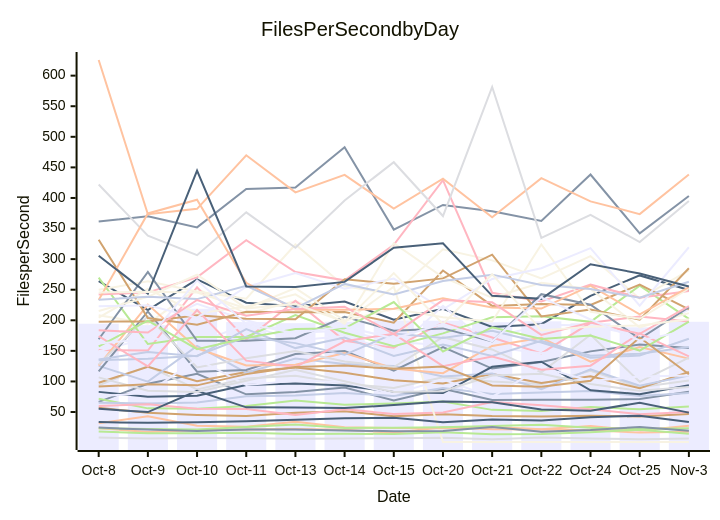
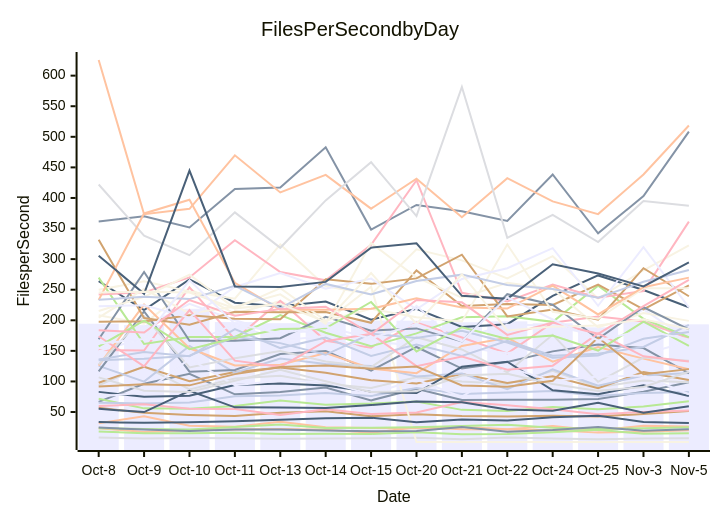
Before and after one commit to streetsidesoftware/cspell: the diagram in perf-report.md, drawn with Mermaid. The commit also changed other lines of this file and 2 other files, not shown here.

````diff
--- a/perf-report.md
+++ b/perf-report.md
@@ -11,57 +11,57 @@
 ```mermaid
 xychart-beta
     title Files Per Second by Day
     y-axis Files per Second
-    x-axis Date [Oct-8, Oct-9, Oct-10, Oct-11, Oct-13, Oct-14, Oct-15, Oct-20, Oct-21, Oct-22, Oct-24, Oct-25, Nov-3]
-    bar [194.39, 192.05, 218.83, 197.10, 195.24, 197.65, 199.65, 199.37, 196.79, 198.31, 195.08, 188.50, 197.53]
-    line [66.65, 96.25, 112.51, 78.91, 82.77, 89.92, 69.05, 88.06, 69.61, 70.25, 69.88, 71.42, 83.10]
-    line [23.58, 17.31, 20.37, 21.44, 22.38, 20.97, 16.04, 25.16, 22.03, 21.51, 20.05, 16.33, 17.58]
-    line [8.18, 6.76, 7.44, 7.30, 6.32, 6.65, 7.26, 7.96, 5.55, 8.36, 6.66, 5.63, 6.55]
-    line [71.61, 56.00, 55.29, 59.99, 68.80, 62.02, 63.75, 67.15, 53.54, 51.87, 58.31, 54.40, 59.05]
-    line [56.81, 48.66, 45.19, 43.33, 48.66, 51.39, 43.09, 46.53, 43.54, 42.59, 43.99, 42.66, 46.86]
-    line [65.37, 64.09, 65.74, 75.83, 77.12, 81.28, 76.22, 89.41, 79.60, 82.04, 84.51, 76.34, 81.22]
-    line [59.94, 62.62, 55.56, 54.77, 45.21, 54.60, 46.67, 49.27, 66.25, 61.14, 54.40, 46.46, 50.11]
-    line [264.14, 216.71, 266.75, 228.80, 223.08, 230.72, 200.81, 218.77, 189.13, 193.68, 239.98, 273.35, 249.43]
-    line [208.25, 194.51, 251.63, 210.60, 231.31, 197.08, 254.89, 1.00, 1.00, 1.00, 1.00, 1.00, 1.00]
-    line [174.97, 189.16, 226.87, 200.18, 179.39, 183.41, 164.40, 159.49, 171.10, 192.78, 191.37, 174.29, 217.96]
-    line [361.47, 370.09, 351.86, 414.54, 417.07, 482.80, 348.28, 388.55, 378.31, 362.57, 438.35, 342.13, 403.12]
-    line [31.76, 42.94, 27.61, 25.97, 34.21, 25.09, 23.71, 23.43, 25.33, 21.92, 27.33, 19.75, 27.62]
-    line [93.63, 125.18, 87.00, 104.77, 109.42, 96.45, 89.22, 106.77, 99.95, 95.97, 117.43, 90.38, 101.68]
-    line [18.14, 15.49, 15.23, 15.94, 13.89, 14.53, 14.11, 17.05, 13.85, 14.03, 17.10, 21.05, 14.31]
-    line [97.90, 123.96, 100.36, 115.55, 122.73, 114.09, 102.09, 96.85, 112.31, 97.68, 108.35, 88.82, 115.43]
-    line [125.48, 99.76, 158.05, 114.31, 137.32, 128.51, 125.12, 108.27, 113.06, 87.44, 119.66, 93.04, 109.58]
-    line [151.43, 150.43, 254.02, 168.57, 231.71, 166.56, 155.07, 196.36, 171.90, 145.85, 195.93, 206.22, 198.17]
-    line [55.18, 49.90, 84.72, 57.64, 57.38, 56.41, 61.33, 67.41, 66.13, 54.31, 52.03, 65.25, 49.02]
-    line [249.77, 263.65, 247.10, 235.41, 323.97, 255.64, 242.67, 316.16, 297.94, 268.60, 304.78, 235.63, 281.78]
-    line [149.45, 170.98, 162.38, 193.61, 167.04, 174.22, 149.10, 223.58, 156.27, 146.04, 158.31, 152.20, 144.51]
-    line [116.53, 214.42, 116.00, 118.77, 144.83, 149.59, 117.74, 156.35, 121.08, 131.79, 149.18, 160.21, 154.52]
-    line [125.79, 225.70, 154.24, 126.07, 127.29, 146.49, 121.12, 113.50, 158.05, 171.36, 132.38, 156.15, 137.28]
-    line [127.97, 206.50, 122.84, 138.06, 149.67, 132.46, 123.48, 172.40, 152.34, 114.90, 176.25, 99.39, 139.03]
-    line [269.72, 161.18, 172.81, 172.65, 208.47, 179.72, 157.56, 178.54, 204.92, 206.57, 197.43, 256.60, 202.25]
-    line [331.74, 203.63, 192.81, 213.97, 213.28, 213.47, 195.94, 281.48, 223.48, 226.53, 225.12, 258.41, 217.89]
-    line [136.07, 148.26, 141.19, 185.69, 154.55, 171.82, 141.67, 160.22, 141.81, 166.38, 141.94, 145.19, 156.42]
-    line [242.23, 245.65, 270.12, 330.98, 278.79, 265.30, 323.42, 429.01, 245.01, 230.93, 258.25, 236.94, 247.84]
-    line [82.95, 74.90, 76.80, 94.05, 96.82, 93.39, 82.69, 80.94, 123.93, 132.34, 85.53, 79.17, 93.87]
-    line [204.22, 251.15, 211.26, 222.05, 242.35, 194.13, 326.19, 270.15, 236.87, 261.40, 251.33, 188.47, 211.71]
-    line [75.86, 81.29, 136.91, 94.03, 101.02, 99.02, 79.59, 103.01, 74.73, 123.30, 100.60, 107.93, 109.66]
-    line [168.97, 278.92, 166.54, 166.53, 170.79, 205.75, 183.07, 186.73, 165.39, 242.72, 225.43, 169.80, 221.29]
-    line [625.58, 373.38, 382.28, 469.75, 409.07, 437.77, 382.49, 431.43, 368.45, 432.30, 394.44, 373.62, 438.31]
-    line [422.03, 338.21, 306.48, 376.46, 318.53, 395.99, 458.46, 370.45, 581.53, 334.74, 372.46, 327.93, 394.96]
-    line [23.35, 22.45, 21.51, 25.71, 29.42, 23.92, 24.25, 24.95, 26.96, 29.32, 24.14, 22.37, 23.30]
-    line [197.76, 198.13, 208.30, 202.68, 201.79, 267.21, 259.65, 268.53, 307.28, 206.33, 217.49, 201.10, 285.18]
-    line [134.65, 137.28, 142.04, 172.94, 162.65, 143.57, 178.30, 170.91, 182.97, 163.77, 138.75, 142.39, 169.82]
-    line [173.95, 124.58, 216.72, 133.97, 123.87, 165.74, 177.89, 125.02, 140.68, 119.01, 125.81, 178.69, 141.07]
-    line [33.57, 32.29, 33.27, 34.79, 37.33, 39.68, 40.77, 33.11, 37.81, 36.24, 41.43, 44.03, 33.69]
-    line [215.08, 238.25, 274.47, 219.66, 252.51, 199.34, 218.85, 204.99, 197.92, 323.88, 213.93, 202.52, 252.23]
-    line [222.78, 224.66, 204.36, 254.42, 277.26, 251.58, 268.24, 217.93, 267.67, 285.04, 317.95, 223.78, 319.42]
-    line [24.57, 21.27, 19.07, 21.50, 21.24, 19.97, 18.63, 18.81, 25.32, 17.74, 20.58, 25.51, 19.46]
-    line [233.16, 374.71, 397.16, 261.34, 217.24, 217.08, 218.73, 236.08, 220.88, 219.16, 256.62, 209.53, 254.06]
-    line [106.68, 84.76, 82.82, 101.29, 118.90, 100.19, 82.72, 84.05, 109.59, 112.56, 95.92, 84.60, 91.01]
-    line [157.39, 199.58, 152.82, 170.97, 185.75, 186.96, 229.89, 148.98, 188.53, 169.56, 175.04, 150.51, 197.71]
-    line [91.76, 95.32, 93.61, 112.00, 123.43, 125.94, 120.60, 124.47, 93.34, 91.16, 101.08, 171.93, 111.86]
-    line [233.40, 238.56, 234.64, 256.33, 219.99, 259.48, 242.38, 264.24, 274.64, 257.62, 251.09, 236.85, 262.94]
-    line [183.70, 179.89, 233.14, 207.50, 218.41, 222.25, 177.43, 233.06, 229.37, 176.10, 196.37, 177.90, 223.12]
-    line [305.64, 243.36, 444.70, 255.37, 254.42, 262.77, 318.79, 326.00, 239.93, 235.04, 291.68, 276.40, 255.29]
-    line [245.51, 246.82, 245.36, 219.50, 226.50, 197.43, 277.21, 193.99, 275.35, 183.43, 189.64, 191.38, 201.59]
-    line [162.12, 169.35, 265.31, 194.05, 178.95, 189.91, 170.29, 194.31, 165.66, 237.49, 201.27, 167.00, 183.56]
+    x-axis Date [Oct-8, Oct-9, Oct-10, Oct-11, Oct-13, Oct-14, Oct-15, Oct-20, Oct-21, Oct-22, Oct-24, Oct-25, Nov-3, Nov-5]
+    bar [194.39, 192.05, 218.83, 197.10, 195.24, 197.65, 199.65, 199.37, 196.79, 198.31, 195.08, 188.50, 197.53, 193.37]
+    line [66.65, 96.25, 112.51, 78.91, 82.77, 89.92, 69.05, 88.06, 69.61, 70.25, 69.88, 71.42, 83.10, 98.55]
+    line [23.58, 17.31, 20.37, 21.44, 22.38, 20.97, 16.04, 25.16, 22.03, 21.51, 20.05, 16.33, 17.58, 20.12]
+    line [8.18, 6.76, 7.44, 7.30, 6.32, 6.65, 7.26, 7.96, 5.55, 8.36, 6.66, 5.63, 6.55, 7.17]
+    line [71.61, 56.00, 55.29, 59.99, 68.80, 62.02, 63.75, 67.15, 53.54, 51.87, 58.31, 54.40, 59.05, 67.64]
+    line [56.81, 48.66, 45.19, 43.33, 48.66, 51.39, 43.09, 46.53, 43.54, 42.59, 43.99, 42.66, 46.86, 51.84]
+    line [65.37, 64.09, 65.74, 75.83, 77.12, 81.28, 76.22, 89.41, 79.60, 82.04, 84.51, 76.34, 81.22, 82.67]
+    line [59.94, 62.62, 55.56, 54.77, 45.21, 54.60, 46.67, 49.27, 66.25, 61.14, 54.40, 46.46, 50.11, 52.43]
+    line [264.14, 216.71, 266.75, 228.80, 223.08, 230.72, 200.81, 218.77, 189.13, 193.68, 239.98, 273.35, 249.43, 221.33]
+    line [208.25, 194.51, 251.63, 210.60, 231.31, 197.08, 254.89, 1.00, 1.00, 1.00, 1.00, 1.00, 1.00, 1.00]
+    line [174.97, 189.16, 226.87, 200.18, 179.39, 183.41, 164.40, 159.49, 171.10, 192.78, 191.37, 174.29, 217.96, 167.79]
+    line [361.47, 370.09, 351.86, 414.54, 417.07, 482.80, 348.28, 388.55, 378.31, 362.57, 438.35, 342.13, 403.12, 508.36]
+    line [31.76, 42.94, 27.61, 25.97, 34.21, 25.09, 23.71, 23.43, 25.33, 21.92, 27.33, 19.75, 27.62, 26.25]
+    line [93.63, 125.18, 87.00, 104.77, 109.42, 96.45, 89.22, 106.77, 99.95, 95.97, 117.43, 90.38, 101.68, 98.69]
+    line [18.14, 15.49, 15.23, 15.94, 13.89, 14.53, 14.11, 17.05, 13.85, 14.03, 17.10, 21.05, 14.31, 15.34]
+    line [97.90, 123.96, 100.36, 115.55, 122.73, 114.09, 102.09, 96.85, 112.31, 97.68, 108.35, 88.82, 115.43, 102.42]
+    line [125.48, 99.76, 158.05, 114.31, 137.32, 128.51, 125.12, 108.27, 113.06, 87.44, 119.66, 93.04, 109.58, 113.85]
+    line [151.43, 150.43, 254.02, 168.57, 231.71, 166.56, 155.07, 196.36, 171.90, 145.85, 195.93, 206.22, 198.17, 170.33]
+    line [55.18, 49.90, 84.72, 57.64, 57.38, 56.41, 61.33, 67.41, 66.13, 54.31, 52.03, 65.25, 49.02, 59.47]
+    line [249.77, 263.65, 247.10, 235.41, 323.97, 255.64, 242.67, 316.16, 297.94, 268.60, 304.78, 235.63, 281.78, 322.62]
+    line [149.45, 170.98, 162.38, 193.61, 167.04, 174.22, 149.10, 223.58, 156.27, 146.04, 158.31, 152.20, 144.51, 165.46]
+    line [116.53, 214.42, 116.00, 118.77, 144.83, 149.59, 117.74, 156.35, 121.08, 131.79, 149.18, 160.21, 154.52, 113.38]
+    line [125.79, 225.70, 154.24, 126.07, 127.29, 146.49, 121.12, 113.50, 158.05, 171.36, 132.38, 156.15, 137.28, 119.80]
+    line [127.97, 206.50, 122.84, 138.06, 149.67, 132.46, 123.48, 172.40, 152.34, 114.90, 176.25, 99.39, 139.03, 133.94]
+    line [269.72, 161.18, 172.81, 172.65, 208.47, 179.72, 157.56, 178.54, 204.92, 206.57, 197.43, 256.60, 202.25, 172.19]
+    line [331.74, 203.63, 192.81, 213.97, 213.28, 213.47, 195.94, 281.48, 223.48, 226.53, 225.12, 258.41, 217.89, 257.25]
+    line [136.07, 148.26, 141.19, 185.69, 154.55, 171.82, 141.67, 160.22, 141.81, 166.38, 141.94, 145.19, 156.42, 192.35]
+    line [242.23, 245.65, 270.12, 330.98, 278.79, 265.30, 323.42, 429.01, 245.01, 230.93, 258.25, 236.94, 247.84, 361.38]
+    line [82.95, 74.90, 76.80, 94.05, 96.82, 93.39, 82.69, 80.94, 123.93, 132.34, 85.53, 79.17, 93.87, 76.32]
+    line [204.22, 251.15, 211.26, 222.05, 242.35, 194.13, 326.19, 270.15, 236.87, 261.40, 251.33, 188.47, 211.71, 199.02]
+    line [75.86, 81.29, 136.91, 94.03, 101.02, 99.02, 79.59, 103.01, 74.73, 123.30, 100.60, 107.93, 109.66, 79.14]
+    line [168.97, 278.92, 166.54, 166.53, 170.79, 205.75, 183.07, 186.73, 165.39, 242.72, 225.43, 169.80, 221.29, 185.02]
+    line [625.58, 373.38, 382.28, 469.75, 409.07, 437.77, 382.49, 431.43, 368.45, 432.30, 394.44, 373.62, 438.31, 518.57]
+    line [422.03, 338.21, 306.48, 376.46, 318.53, 395.99, 458.46, 370.45, 581.53, 334.74, 372.46, 327.93, 394.96, 387.34]
+    line [23.35, 22.45, 21.51, 25.71, 29.42, 23.92, 24.25, 24.95, 26.96, 29.32, 24.14, 22.37, 23.30, 25.31]
+    line [197.76, 198.13, 208.30, 202.68, 201.79, 267.21, 259.65, 268.53, 307.28, 206.33, 217.49, 201.10, 285.18, 239.33]
+    line [134.65, 137.28, 142.04, 172.94, 162.65, 143.57, 178.30, 170.91, 182.97, 163.77, 138.75, 142.39, 169.82, 180.94]
+    line [173.95, 124.58, 216.72, 133.97, 123.87, 165.74, 177.89, 125.02, 140.68, 119.01, 125.81, 178.69, 141.07, 132.63]
+    line [33.57, 32.29, 33.27, 34.79, 37.33, 39.68, 40.77, 33.11, 37.81, 36.24, 41.43, 44.03, 33.69, 32.10]
+    line [215.08, 238.25, 274.47, 219.66, 252.51, 199.34, 218.85, 204.99, 197.92, 323.88, 213.93, 202.52, 252.23, 252.44]
+    line [222.78, 224.66, 204.36, 254.42, 277.26, 251.58, 268.24, 217.93, 267.67, 285.04, 317.95, 223.78, 319.42, 221.27]
+    line [24.57, 21.27, 19.07, 21.50, 21.24, 19.97, 18.63, 18.81, 25.32, 17.74, 20.58, 25.51, 19.46, 21.71]
+    line [233.16, 374.71, 397.16, 261.34, 217.24, 217.08, 218.73, 236.08, 220.88, 219.16, 256.62, 209.53, 254.06, 269.74]
+    line [106.68, 84.76, 82.82, 101.29, 118.90, 100.19, 82.72, 84.05, 109.59, 112.56, 95.92, 84.60, 91.01, 115.87]
+    line [157.39, 199.58, 152.82, 170.97, 185.75, 186.96, 229.89, 148.98, 188.53, 169.56, 175.04, 150.51, 197.71, 158.14]
+    line [91.76, 95.32, 93.61, 112.00, 123.43, 125.94, 120.60, 124.47, 93.34, 91.16, 101.08, 171.93, 111.86, 120.16]
+    line [233.40, 238.56, 234.64, 256.33, 219.99, 259.48, 242.38, 264.24, 274.64, 257.62, 251.09, 236.85, 262.94, 282.31]
+    line [183.70, 179.89, 233.14, 207.50, 218.41, 222.25, 177.43, 233.06, 229.37, 176.10, 196.37, 177.90, 223.12, 266.12]
+    line [305.64, 243.36, 444.70, 255.37, 254.42, 262.77, 318.79, 326.00, 239.93, 235.04, 291.68, 276.40, 255.29, 294.52]
+    line [245.51, 246.82, 245.36, 219.50, 226.50, 197.43, 277.21, 193.99, 275.35, 183.43, 189.64, 191.38, 201.59, 185.53]
+    line [162.12, 169.35, 265.31, 194.05, 178.95, 189.91, 170.29, 194.31, 165.66, 237.49, 201.27, 167.00, 183.56, 168.81]
 ```
````
